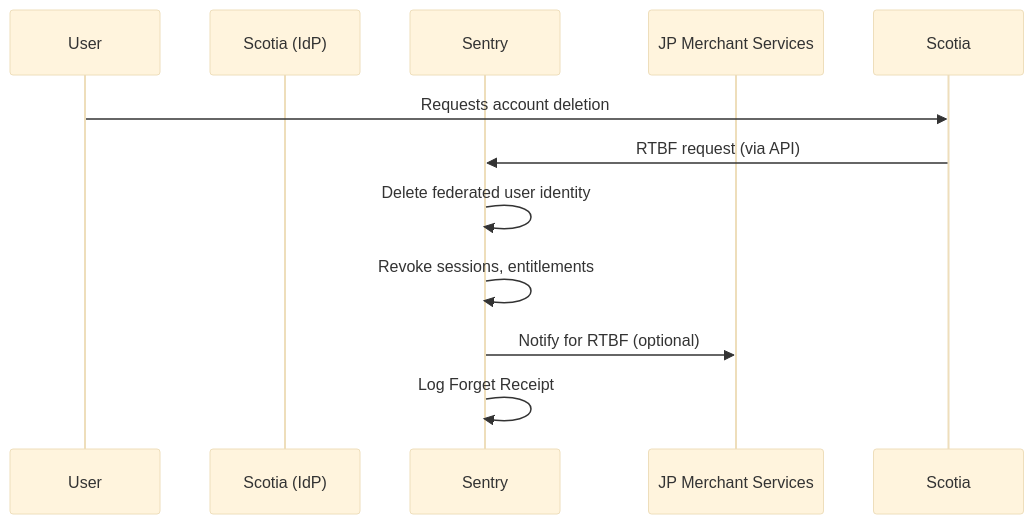
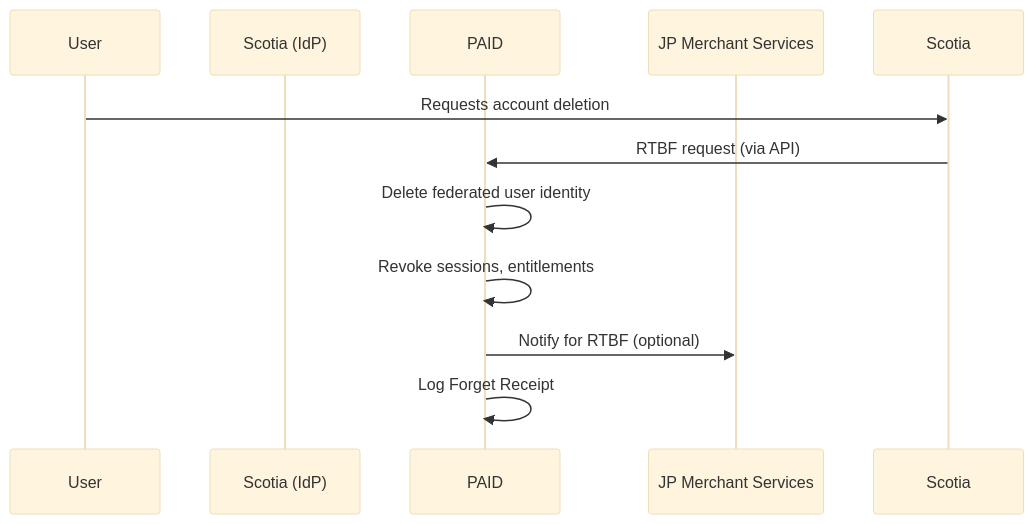
One commit to ahmedHanie93/Personal-projects changed the second of 5 diagrams in Design/designs/userRemoval.md. Above: the diagram before and after it, drawn with Mermaid (base theme). The commit also changed other lines of this file and 4 other files, not shown here.

````diff
--- a/Design/designs/userRemoval.md
+++ b/Design/designs/userRemoval.md
@@ -93,14 +93,14 @@
 ```mermaid
 sequenceDiagram
     participant User
     participant Scotia (IdP)
-    participant Sentry
+    participant PAID
     participant JP Merchant Services
 
     User->>Scotia: Requests account deletion
-    Scotia->>Sentry: RTBF request (via API)
-    Sentry->>Sentry: Delete federated user identity
-    Sentry->>Sentry: Revoke sessions, entitlements
-    Sentry->>JP Merchant Services: Notify for RTBF (optional)
-    Sentry->>Sentry: Log Forget Receipt
+    Scotia->>PAID: RTBF request (via API)
+    PAID->>PAID: Delete federated user identity
+    PAID->>PAID: Revoke sessions, entitlements
+    PAID->>JP Merchant Services: Notify for RTBF (optional)
+    PAID->>PAID: Log Forget Receipt
 ```
````
